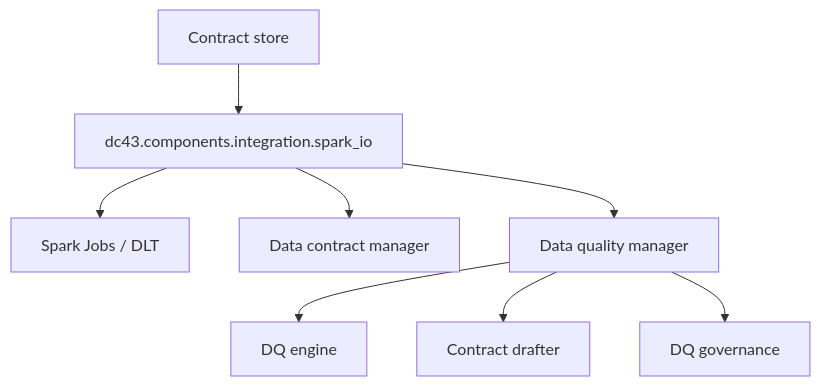
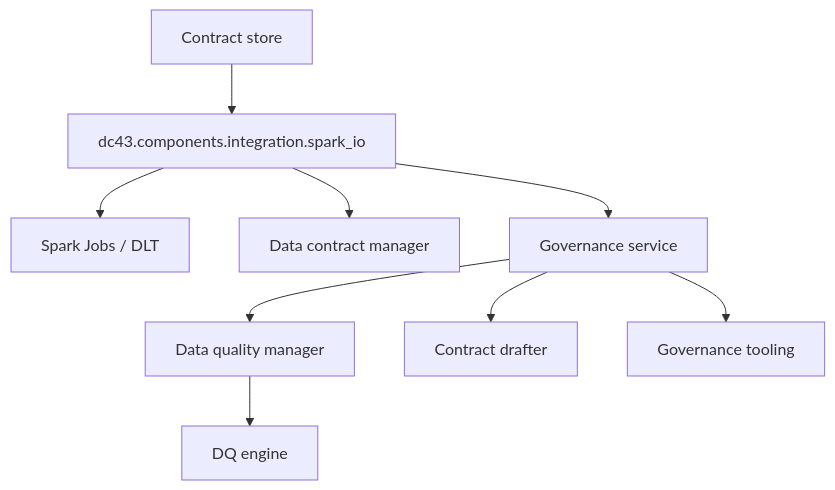
The diagram in docs/implementations/integration/spark-dlt.md (NextLab-SRL/dc43), drawn with Mermaid before and after one commit. The commit also changed other lines of this file and 15 other files, not shown here.

Commit message:
Refactor governance integration to use remote service

````diff
--- a/docs/implementations/integration/spark-dlt.md
+++ b/docs/implementations/integration/spark-dlt.md
@@ -12,10 +12,11 @@
 ```mermaid
 flowchart TD
     ContractStore["Contract store"] --> IO["dc43.components.integration.spark_io"]
     IO --> Spark["Spark Jobs / DLT"]
     IO --> ContractMgr["Data contract manager"]
-    IO --> DQMgr["Data quality manager"]
+    IO --> Governance["Governance service"]
+    Governance --> DQMgr["Data quality manager"]
     DQMgr --> DQEngine["DQ engine"]
-    DQMgr --> Drafter["Contract drafter"]
-    DQMgr --> Governance["DQ governance"]
+    Governance --> Drafter["Contract drafter"]
+    Governance --> Steward["Governance tooling"]
 ```
````
